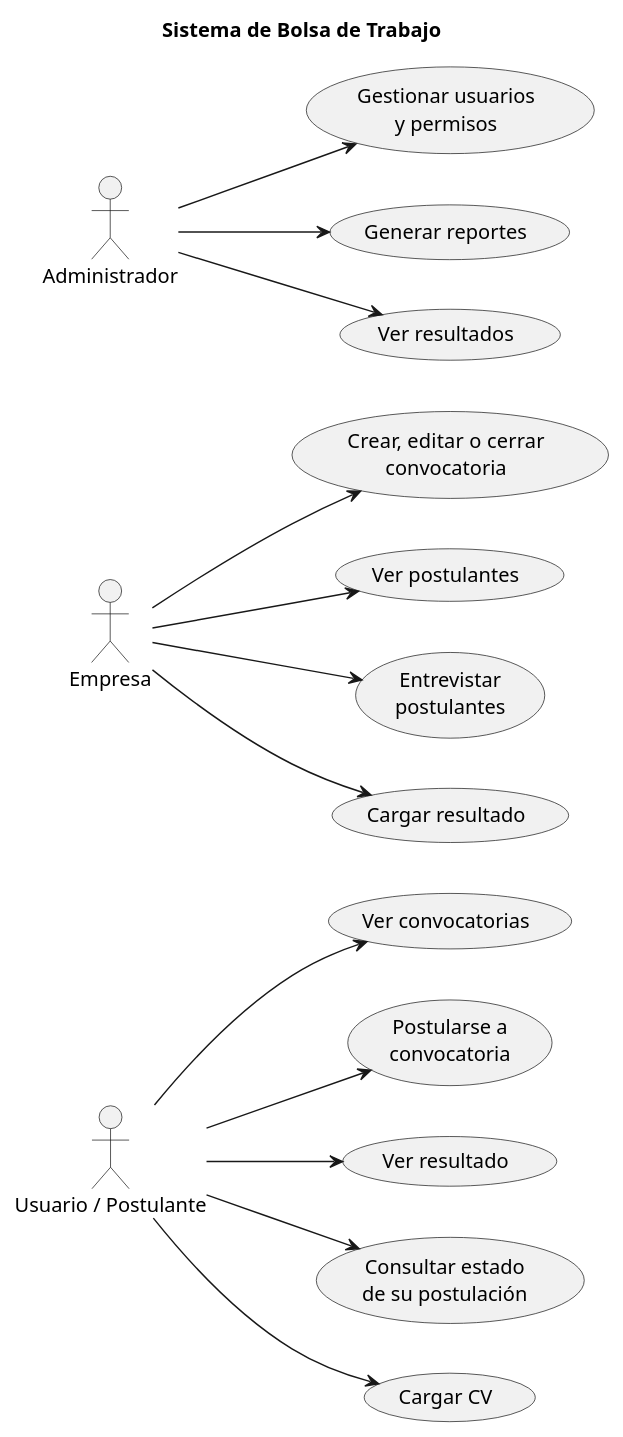
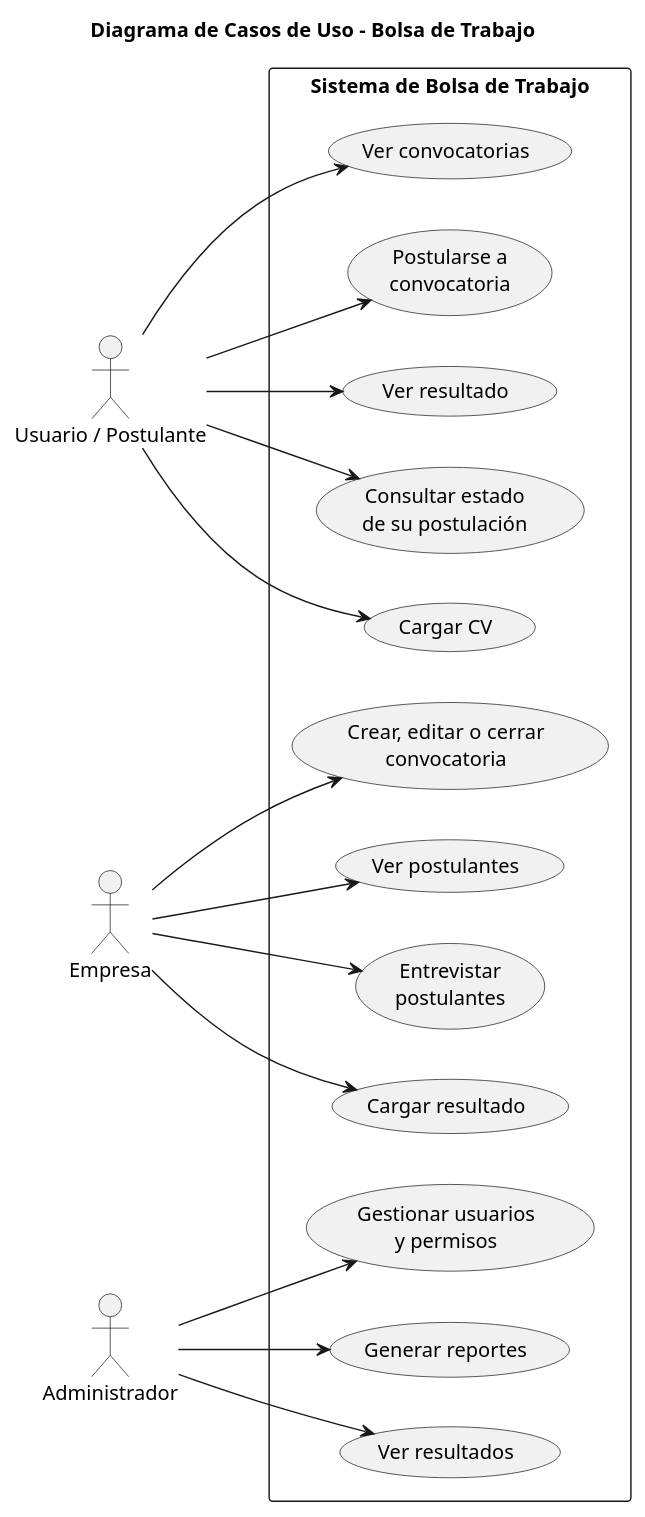
Before and after one commit to max022oran/eidas.grupo06-gestion-convocatorias-entrevistas-del-terciariourquiza: the diagram in diagramas/casos-de-uso.puml, drawn with PlantUML.

```diff
--- a/diagramas/casos-de-uso.puml
+++ b/diagramas/casos-de-uso.puml
@@ -1,75 +1,77 @@
 @startuml
 
-title Sistema de Bolsa de Trabajo
+title Diagrama de Casos de Uso - Bolsa de Trabajo
 
 left to right direction
 
 ' ======================================
 ' ACTORES
 ' ======================================
 
 actor "Usuario / Postulante" as Usuario
 actor "Empresa" as Empresa
 actor "Administrador" as Administrador
 
+rectangle "Sistema de Bolsa de Trabajo" {
 
 ' ======================================
 ' CASOS DE USO - USUARIO
 ' ======================================
 
 usecase "Ver convocatorias" as UC1
 usecase "Postularse a\nconvocatoria" as UC2
 usecase "Ver resultado" as UC3
 usecase "Consultar estado\nde su postulación" as UC4
 usecase "Cargar CV" as UC5
 
 
 ' ======================================
 ' CASOS DE USO - EMPRESA
 ' ======================================
 
 usecase "Crear, editar o cerrar\nconvocatoria" as UC6
 usecase "Ver postulantes" as UC7
 usecase "Entrevistar\npostulantes" as UC8
 usecase "Cargar resultado" as UC9
 
 
 ' ======================================
 ' CASOS DE USO - ADMINISTRADOR
 ' ======================================
 
 usecase "Gestionar usuarios\ny permisos" as UC10
 usecase "Generar reportes" as UC11
 usecase "Ver resultados" as UC12
 
+}
 
 ' ======================================
 ' RELACIONES - USUARIO
 ' ======================================
 
 Usuario --> UC1
 Usuario --> UC2
 Usuario --> UC3
 Usuario --> UC4
 Usuario --> UC5
 
 
 ' ======================================
 ' RELACIONES - EMPRESA
 ' ======================================
 
 Empresa --> UC6
 Empresa --> UC7
 Empresa --> UC8
 Empresa --> UC9
 
 
 ' ======================================
 ' RELACIONES - ADMINISTRADOR
 ' ======================================
 
 Administrador --> UC10
 Administrador --> UC11
 Administrador --> UC12
 
 @enduml
```
